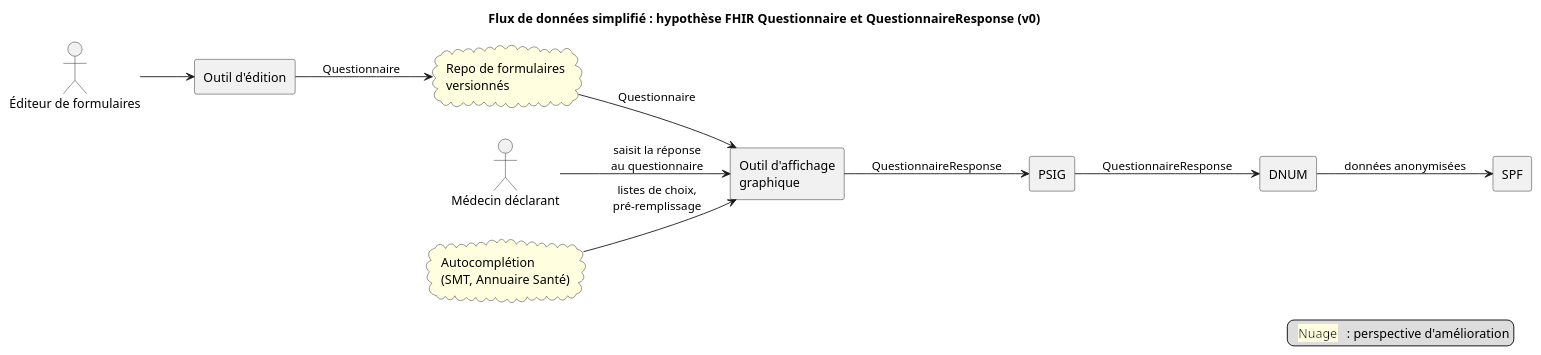
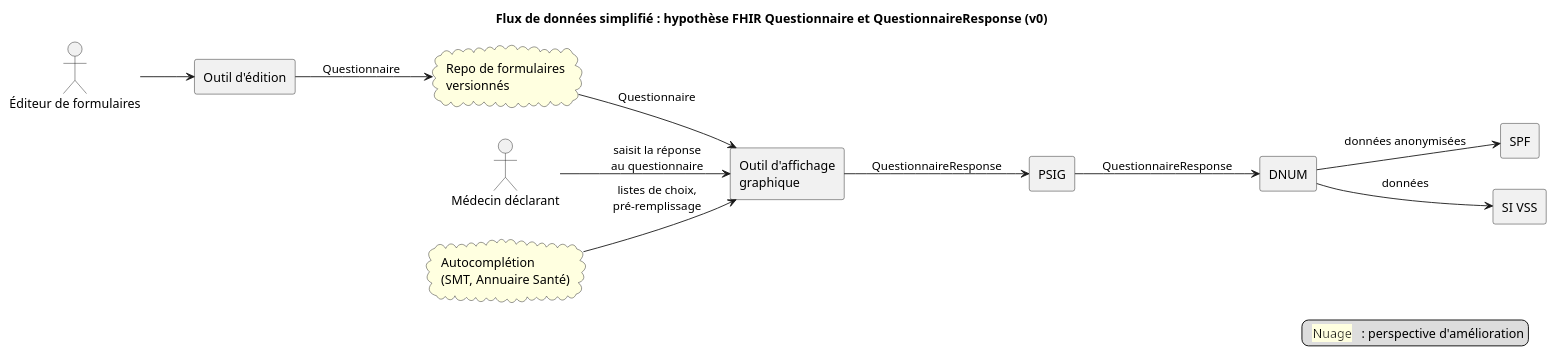
Before and after one commit to nriss/ig-test-dmso: the diagram in input/images-source/architecture-flux-donnees-simplifie.plantuml, drawn with PlantUML.

Commit message:
Architecture : ajout de SI VSS au schéma de flux de données simplifié

```diff
--- a/input/images-source/architecture-flux-donnees-simplifie.plantuml
+++ b/input/images-source/architecture-flux-donnees-simplifie.plantuml
@@ -1,30 +1,32 @@
 @startuml
 ' Version 0 - à améliorer
 title Flux de données simplifié : hypothèse FHIR Questionnaire et QuestionnaireResponse (v0)
 
 left to right direction
 
 actor "Éditeur de formulaires" as ED
 actor "Médecin déclarant" as PS
 
 rectangle "Outil d'édition" as FD
 cloud "Repo de formulaires\nversionnés" as FM #LightYellow
 rectangle "Outil d'affichage\ngraphique" as FF
 cloud "Autocomplétion\n(SMT, Annuaire Santé)" as AC #LightYellow
 rectangle "PSIG" as PSIG
 rectangle "DNUM" as DNUM
 rectangle "SPF" as SPF
+rectangle "SI VSS" as VSS
 
 ED --> FD
 FD --> FM : Questionnaire
 FM --> FF : Questionnaire
 AC --> FF : listes de choix,\npré-remplissage
 PS --> FF : saisit la réponse\nau questionnaire
 FF --> PSIG : QuestionnaireResponse
 PSIG --> DNUM : QuestionnaireResponse
 DNUM --> SPF : données anonymisées
+DNUM --> VSS : données
 
 legend right
   <back:LightYellow>  Nuage  </back> : perspective d'amélioration
 endlegend
 @enduml
```
